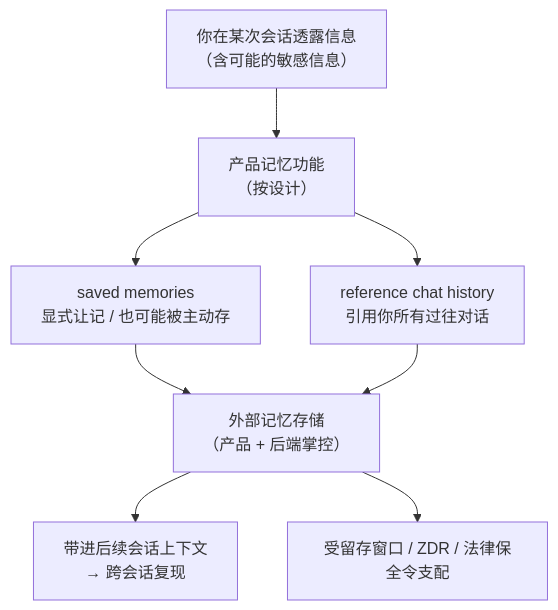
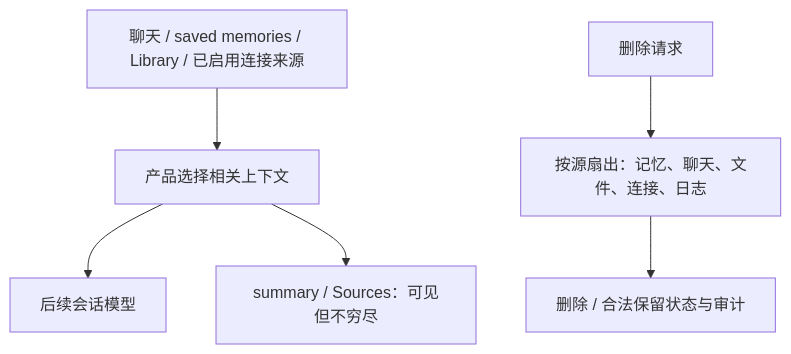
Before and after one commit to XuebinMa/AIWiki: the diagram in privacy/06-governance-compliance/persistent-agent-memory-privacy.mdx, drawn with Mermaid. The commit also changed other lines of this file and 325 other files, not shown here.

````diff
--- a/privacy/06-governance-compliance/persistent-agent-memory-privacy.mdx
+++ b/privacy/06-governance-compliance/persistent-agent-memory-privacy.mdx
@@ -38,10 +37,8 @@
 ```mermaid
 flowchart TB
-    U["你在某次会话透露信息<br/>（含可能的敏感信息）"] --> F["产品记忆功能<br/>（按设计）"]
-    F --> S1["saved memories<br/>显式让记 / 也可能被主动存"]
-    F --> S2["reference chat history<br/>引用你所有过往对话"]
-    S1 --> ST["外部记忆存储<br/>（产品 + 后端掌控）"]
-    S2 --> ST
-    ST --> N["带进后续会话上下文<br/>→ 跨会话复现"]
-    ST --> R["受留存窗口 / ZDR / 法律保全令支配"]
+    S["聊天 / saved memories / Library / 已启用连接来源"] --> P["产品选择相关上下文"]
+    P --> M["后续会话模型"]
+    P --> V["summary / Sources：可见但不穷尽"]
+    D["删除请求"] --> F["按源扇出：记忆、聊天、文件、连接、日志"]
+    F --> A["删除 / 合法保留状态与审计"]
 ```
````
